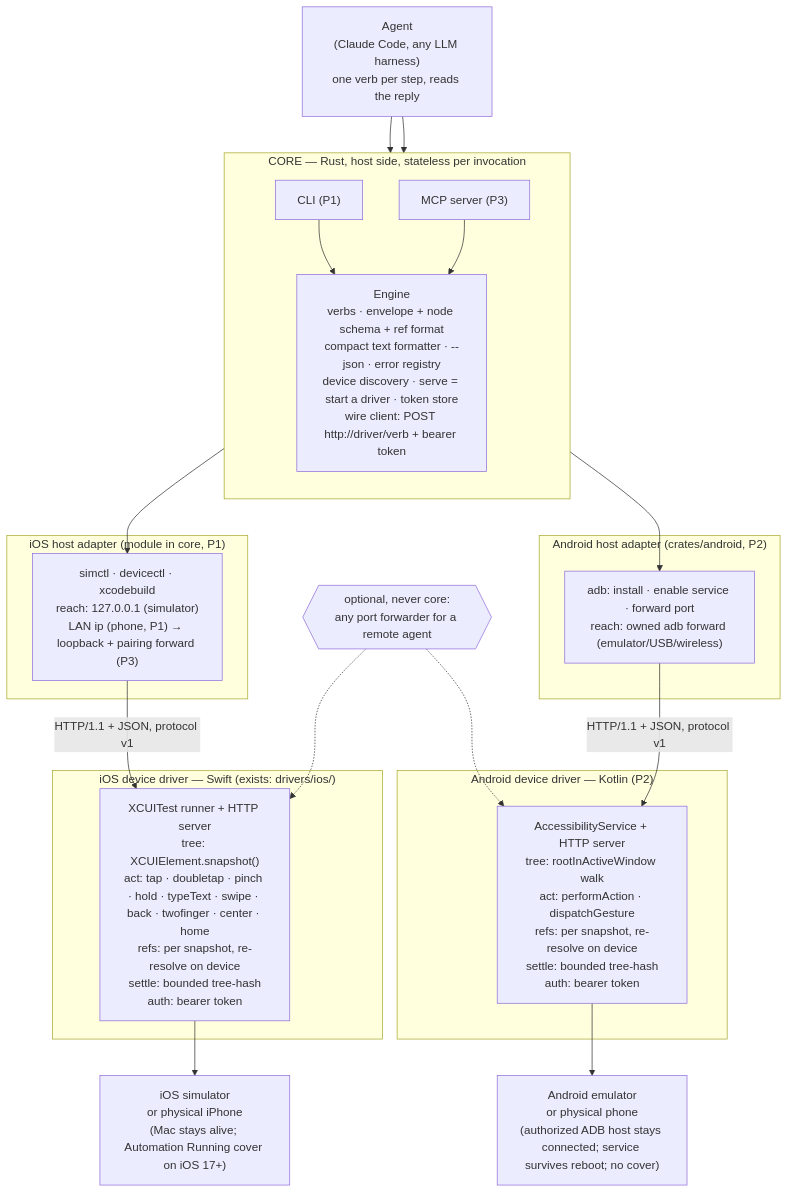
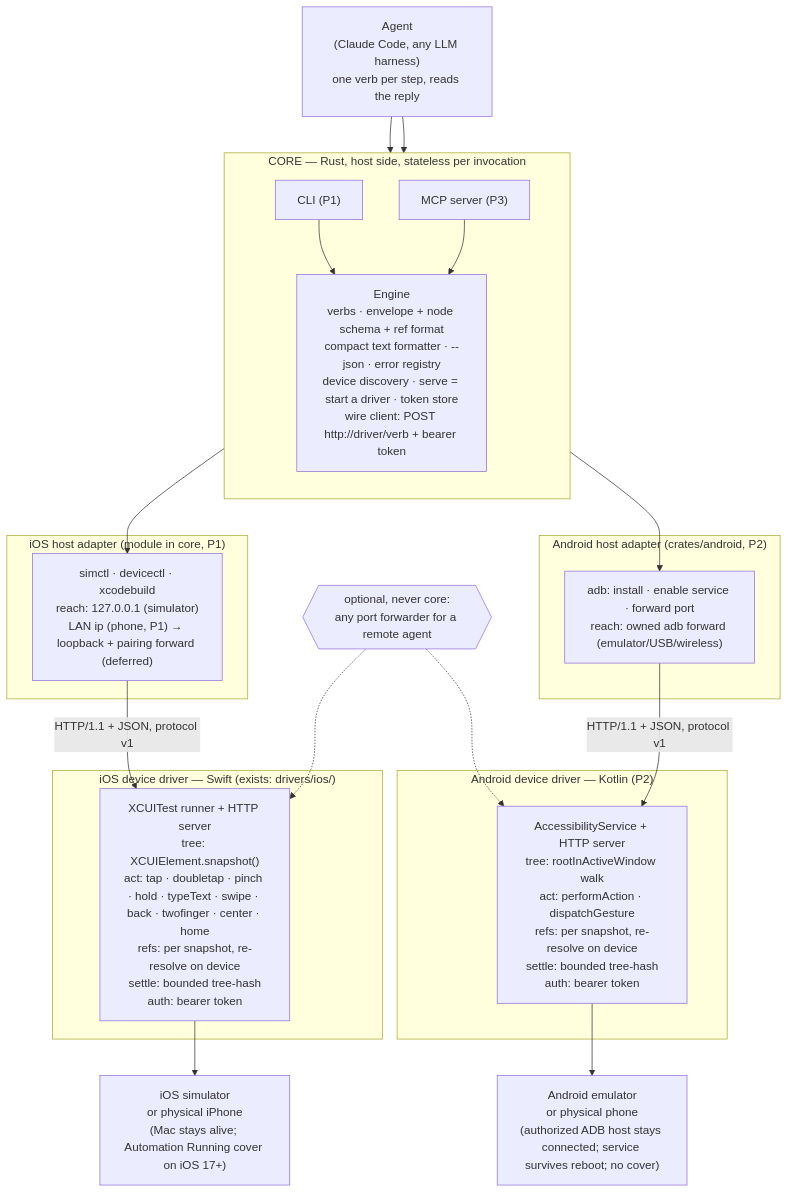
One commit to lahfir/agent-mobile changed the diagram in docs/PRD.md. Above: the diagram before and after it, drawn with Mermaid. The commit also changed other lines of this file and 3 other files, not shown here.

````diff
--- a/docs/PRD.md
+++ b/docs/PRD.md
@@ -64,45 +64,45 @@
 ```mermaid
 flowchart TB
     AGENT["Agent<br/>(Claude Code, any LLM harness)<br/>one verb per step, reads the reply"]
 
     subgraph CORE["CORE — Rust, host side, stateless per invocation"]
         direction TB
         CLI["CLI (P1)"]
         MCP["MCP server (P3)"]
         ENGINE["Engine<br/>verbs · envelope + node schema + ref format<br/>compact text formatter · --json · error registry<br/>device discovery · serve = start a driver · token store<br/>wire client: POST http://driver/verb + bearer token"]
         CLI --> ENGINE
         MCP --> ENGINE
     end
 
     subgraph IOSHOST["iOS host adapter (module in core, P1)"]
-        IOSA["simctl · devicectl · xcodebuild<br/>reach: 127.0.0.1 (simulator)<br/>LAN ip (phone, P1) → loopback + pairing forward (P3)"]
+        IOSA["simctl · devicectl · xcodebuild<br/>reach: 127.0.0.1 (simulator)<br/>LAN ip (phone, P1) → loopback + pairing forward (deferred)"]
     end
 
     subgraph ANDHOST["Android host adapter (crates/android, P2)"]
         ANDA["adb: install · enable service · forward port<br/>reach: owned adb forward (emulator/USB/wireless)"]
     end
 
     TUNNEL{{"optional, never core:<br/>any port forwarder for a remote agent"}}
 
     subgraph IOSDRV["iOS device driver — Swift (exists: drivers/ios/)"]
         IOSD["XCUITest runner + HTTP server<br/>tree: XCUIElement.snapshot()<br/>act: tap · doubletap · pinch · hold · typeText · swipe · back · twofinger · center · home<br/>refs: per snapshot, re-resolve on device<br/>settle: bounded tree-hash<br/>auth: bearer token"]
     end
 
     subgraph ANDDRV["Android device driver — Kotlin (P2)"]
         ANDD["AccessibilityService + HTTP server<br/>tree: rootInActiveWindow walk<br/>act: performAction · dispatchGesture<br/>refs: per snapshot, re-resolve on device<br/>settle: bounded tree-hash<br/>auth: bearer token"]
     end
 
     IOSDEV["iOS simulator<br/>or physical iPhone<br/>(Mac stays alive; Automation Running cover on iOS 17+)"]
     ANDDEV["Android emulator<br/>or physical phone<br/>(authorized ADB host stays connected; service survives reboot; no cover)"]
 
     AGENT --> CLI
     AGENT --> MCP
     ENGINE --> IOSA
     ENGINE --> ANDA
     IOSA -- "HTTP/1.1 + JSON, protocol v1" --> IOSD
     ANDA -- "HTTP/1.1 + JSON, protocol v1" --> ANDD
     TUNNEL -.-> IOSD
     TUNNEL -.-> ANDD
     IOSD --> IOSDEV
     ANDD --> ANDDEV
 ```
````
